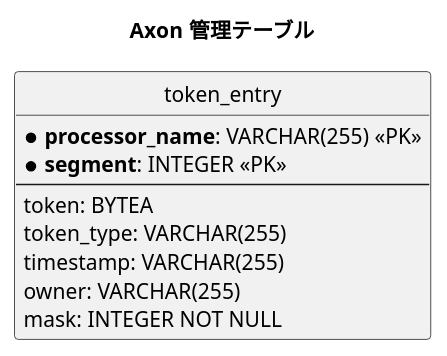
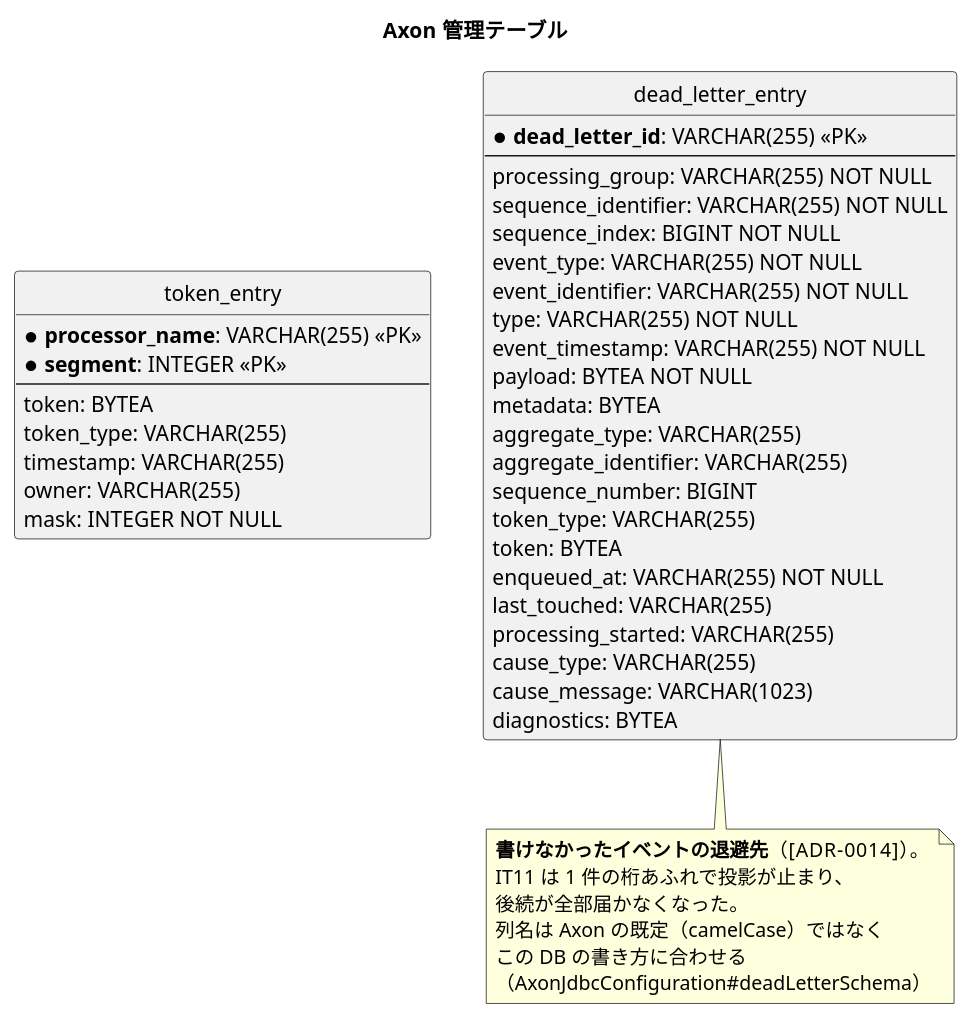
The tenth of 10 diagrams in docs/design/cargo-tracker/data-model.md (k2works/case-study-cargo-tracker), drawn with PlantUML before and after one commit. The commit also changed other lines of this file and 22 other files, not shown here.

````diff
--- a/docs/design/cargo-tracker/data-model.md
+++ b/docs/design/cargo-tracker/data-model.md
@@ -796,19 +796,53 @@
 ```plantuml
 @startuml
 title Axon 管理テーブル
 
 hide circle
 
 entity "token_entry" as te {
   * **processor_name**: VARCHAR(255) <<PK>>
   * **segment**: INTEGER <<PK>>
   --
   token: BYTEA
   token_type: VARCHAR(255)
   timestamp: VARCHAR(255)
   owner: VARCHAR(255)
   mask: INTEGER NOT NULL
 }
 
+entity "dead_letter_entry" as dle {
+  * **dead_letter_id**: VARCHAR(255) <<PK>>
+  --
+  processing_group: VARCHAR(255) NOT NULL
+  sequence_identifier: VARCHAR(255) NOT NULL
+  sequence_index: BIGINT NOT NULL
+  event_type: VARCHAR(255) NOT NULL
+  event_identifier: VARCHAR(255) NOT NULL
+  type: VARCHAR(255) NOT NULL
+  event_timestamp: VARCHAR(255) NOT NULL
+  payload: BYTEA NOT NULL
+  metadata: BYTEA
+  aggregate_type: VARCHAR(255)
+  aggregate_identifier: VARCHAR(255)
+  sequence_number: BIGINT
+  token_type: VARCHAR(255)
+  token: BYTEA
+  enqueued_at: VARCHAR(255) NOT NULL
+  last_touched: VARCHAR(255)
+  processing_started: VARCHAR(255)
+  cause_type: VARCHAR(255)
+  cause_message: VARCHAR(1023)
+  diagnostics: BYTEA
+}
+
+note bottom of dle
+  **書けなかったイベントの退避先**（[ADR-0014]）。
+  IT11 は 1 件の桁あふれで投影が止まり、
+  後続が全部届かなくなった。
+  列名は Axon の既定（camelCase）ではなく
+  この DB の書き方に合わせる
+  （AxonJdbcConfiguration#deadLetterSchema）
+end note
+
 @enduml
 ```
````
